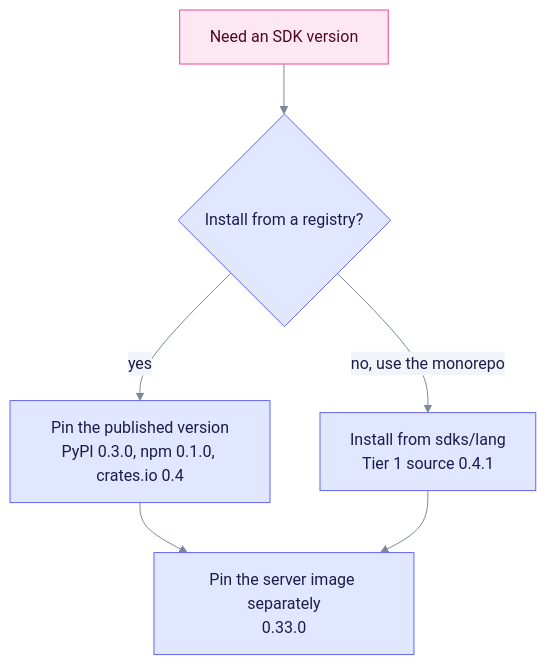
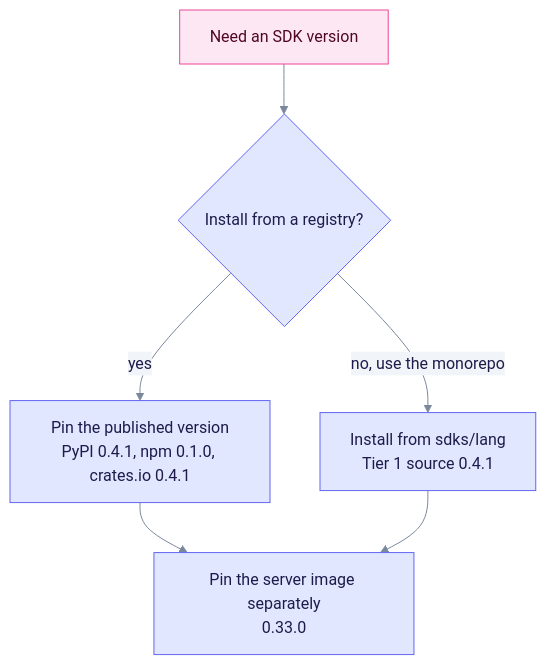
One commit to YatchiYa/edgequake changed the diagram in docs/sdks/VERSION-POLICY.md. Above: the diagram before and after it, drawn with Mermaid. The commit also changed other lines of this file and 7 other files, not shown here.

````diff
--- a/docs/sdks/VERSION-POLICY.md
+++ b/docs/sdks/VERSION-POLICY.md
@@ -31,13 +31,13 @@
 ```mermaid
 %%{init: {"theme":"base","themeVariables":{"primaryColor":"#E0E7FF","primaryBorderColor":"#6366F1","primaryTextColor":"#1E1B4B","secondaryColor":"#D1FAE5","secondaryBorderColor":"#10B981","secondaryTextColor":"#064E3B","tertiaryColor":"#FEF3C7","tertiaryBorderColor":"#F59E0B","tertiaryTextColor":"#6B7A90","lineColor":"#7A889C","clusterBkg":"rgba(99,102,241,0.07)","clusterBorder":"#A5B4FC","noteBkgColor":"#FEF9C3","noteTextColor":"#422006","textColor":"#6B7A90","titleColor":"#6B7A90","signalColor":"#7A889C","signalTextColor":"#6B7A90","loopTextColor":"#6B7A90","edgeLabelBackground":"#F1F5F9","actorLineColor":"#94A3B8"}}}%%
 %% eq-theme:v1
 flowchart TB
     Need["Need an SDK version"] --> Where{"Install from a registry?"}
-    Where -->|"yes"| Reg["Pin the published version<br/>PyPI 0.3.0, npm 0.1.0, crates.io 0.4"]
+    Where -->|"yes"| Reg["Pin the published version<br/>PyPI 0.4.1, npm 0.1.0, crates.io 0.4.1"]
     Where -->|"no, use the monorepo"| Path["Install from sdks/lang<br/>Tier 1 source 0.4.1"]
     Reg --> Srv["Pin the server image separately<br/>0.33.0"]
     Path --> Srv
 %% eq-classes
 classDef eqActor fill:#FCE7F3,stroke:#EC4899,color:#500724
 class Need eqActor
 ```
````
